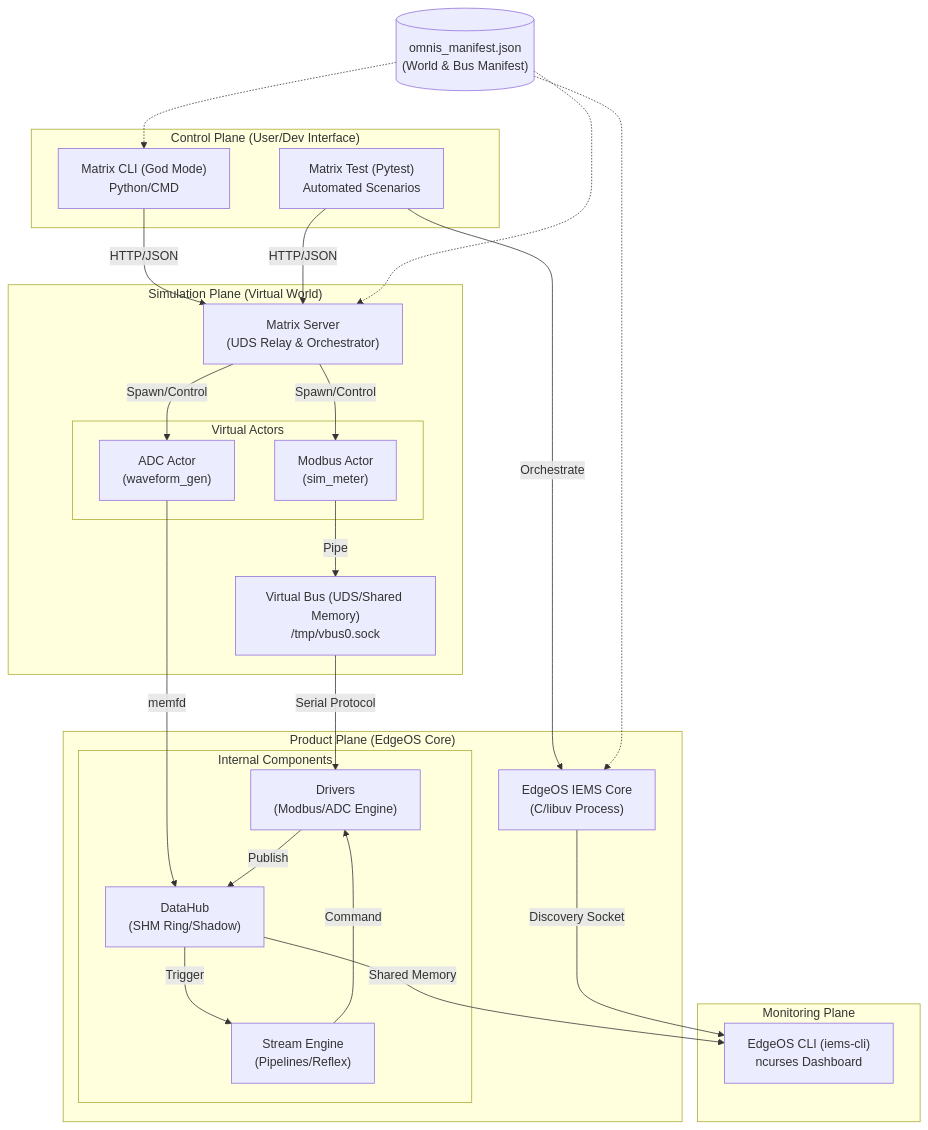
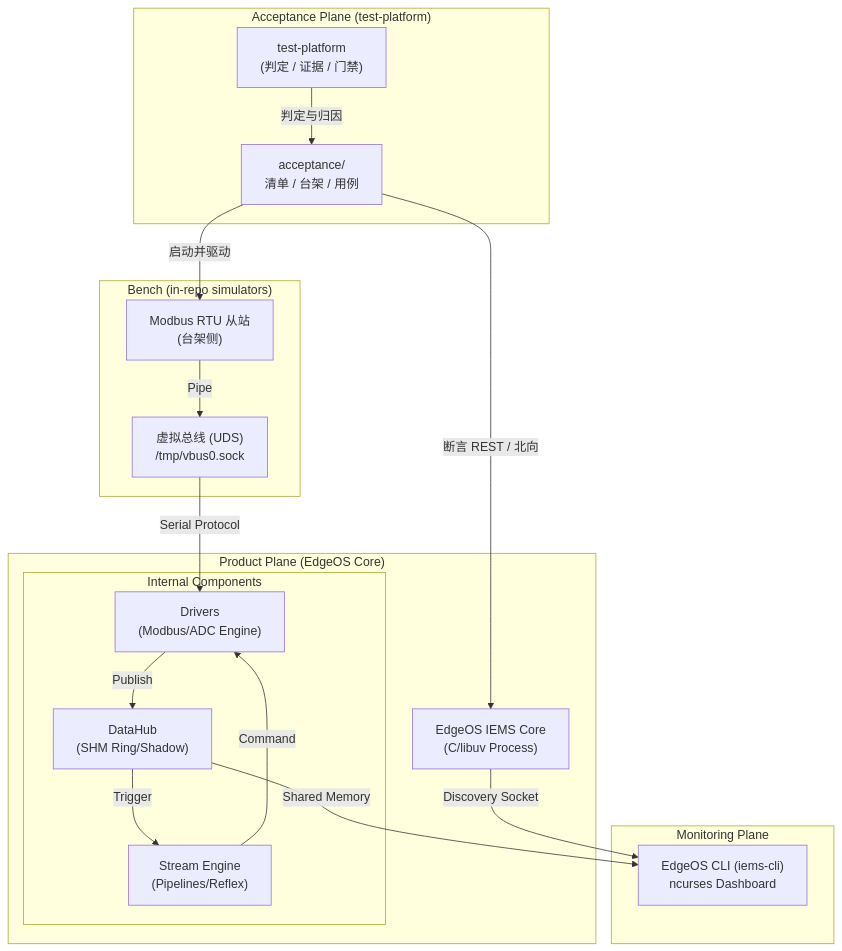
Before and after one commit to cautonwong/EdgeC: the diagram in README.md, drawn with Mermaid. The commit also changed other lines of this file and 34 other files, not shown here.

First line of the commit message:
chore!: 删除 tools/matrix，验收统一走 test-platform

````diff
--- a/README.md
+++ b/README.md
@@ -155,58 +155,42 @@
 ```mermaid
 
 graph TB
-  subgraph "Control Plane (User/Dev Interface)"
-      CLI["Matrix CLI (God Mode)<br/>Python/CMD"]
-      TEST["Matrix Test (Pytest)<br/>Automated Scenarios"]
+  subgraph "Acceptance Plane (test-platform)"
+      ACC["acceptance/<br/>清单 / 台架 / 用例"]
+      PLAT["test-platform<br/>(判定 / 证据 / 门禁)"]
   end
 
-  subgraph "Simulation Plane (Virtual World)"
-      SRV["Matrix Server<br/>(UDS Relay & Orchestrator)"]
-
-      subgraph "Virtual Actors"
-          MB_ACT["Modbus Actor<br/>(sim_meter)"]
-          ADC_ACT["ADC Actor<br/>(waveform_gen)"]
-      end
-
-      VBUS["Virtual Bus (UDS/Shared Memory)<br/>/tmp/vbus0.sock"]
+  subgraph "Bench (in-repo simulators)"
+      SLAVE["Modbus RTU 从站<br/>(台架侧)"]
+      VBUS["虚拟总线 (UDS)<br/>/tmp/vbus0.sock"]
   end
 
   subgraph "Product Plane (EdgeOS Core)"
       IEMS["EdgeOS IEMS Core<br/>(C/libuv Process)"]
 
       subgraph "Internal Components"
           DH["DataHub<br/>(SHM Ring/Shadow)"]
           SE["Stream Engine<br/>(Pipelines/Reflex)"]
           DRV["Drivers<br/>(Modbus/ADC Engine)"]
       end
   end
 
   subgraph "Monitoring Plane"
       IEMS_CLI["EdgeOS CLI (iems-cli)<br/>ncurses Dashboard"]
   end
 
   %% Relationships
-  CLI -- HTTP/JSON --> SRV
-  TEST -- HTTP/JSON --> SRV
-  TEST -- Orchestrate --> IEMS
+  ACC -- 启动并驱动 --> SLAVE
+  ACC -- 断言 REST / 北向 --> IEMS
+  PLAT -- 判定与归因 --> ACC
 
-  SRV -- Spawn/Control --> MB_ACT
-  SRV -- Spawn/Control --> ADC_ACT
-
-  MB_ACT -- Pipe --> VBUS
-  ADC_ACT -- memfd --> DH
+  SLAVE -- Pipe --> VBUS
 
   VBUS -- Serial Protocol --> DRV
   DRV -- Publish --> DH
   DH -- Trigger --> SE
   SE -- Command --> DRV
 
   IEMS -- Discovery Socket --> IEMS_CLI
   DH -- Shared Memory --> IEMS_CLI
-
-  %% Metadata Driving
-  MANIFEST[("omnis_manifest.json<br/>(World & Bus Manifest)")]
-  MANIFEST -.-> SRV
-  MANIFEST -.-> IEMS
-  MANIFEST -.-> CLI
 ```
````
